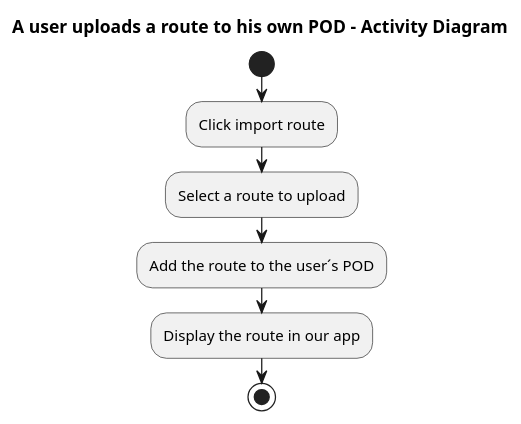
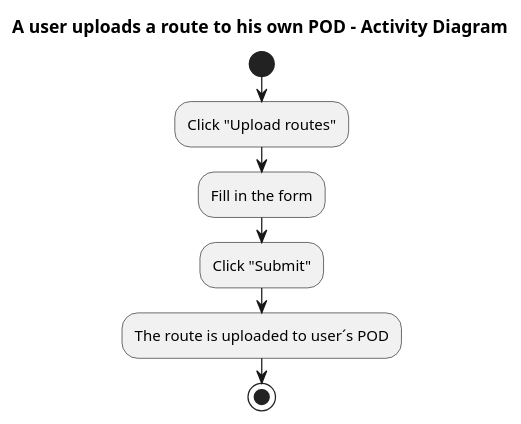
The diagram in src/docs/diagrams/06-01_uploadRoute.puml (Arquisoft/viade_en1b), drawn with PlantUML before and after one commit. The commit also changed 2 other files, not shown here.

```diff
--- a/src/docs/diagrams/06-01_uploadRoute.puml
+++ b/src/docs/diagrams/06-01_uploadRoute.puml
@@ -1,13 +1,13 @@
 title A user uploads a route to his own POD - Activity Diagram 
 
 start
 
-:Click import route;
+:Click "Upload routes";
 
-:Select a route to upload;
+:Fill in the form;
 
-:Add the route to the user´s POD;
+:Click "Submit";
 
-:Display the route in our app;
+:The route is uploaded to user´s POD;
 
 stop
```
